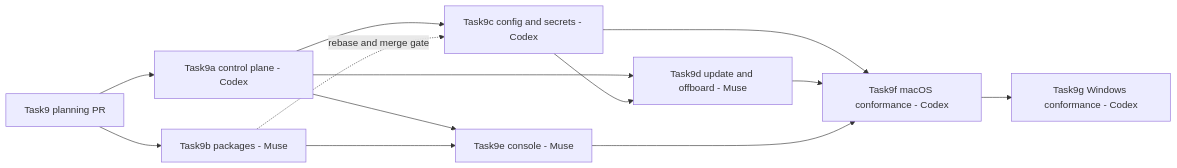
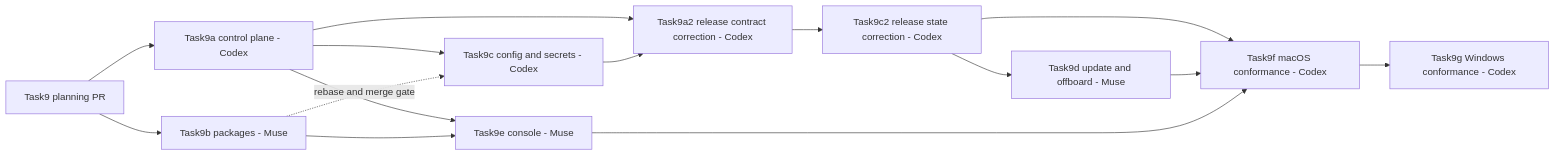
One commit to mahamannu-ux/TrackAI-V1 changed the diagram in docs/plan/TASK9.md. Above: the diagram before and after it, drawn with Mermaid. The commit also changed other lines of this file and 5 other files, not shown here.

Commit message:
Task9 lifecycle correction: freeze release authorization contract

````diff
--- a/docs/plan/TASK9.md
+++ b/docs/plan/TASK9.md
@@ -124,24 +135,28 @@
 ```mermaid
 flowchart LR
   P[Task9 planning PR]
   A[Task9a control plane - Codex]
+  A2[Task9a2 release contract correction - Codex]
   B[Task9b packages - Muse]
   C[Task9c config and secrets - Codex]
+  C2[Task9c2 release state correction - Codex]
   D[Task9d update and offboard - Muse]
   E[Task9e console - Muse]
   F[Task9f macOS conformance - Codex]
   G[Task9g Windows conformance - Codex]
 
   P --> A
   P --> B
   A --> C
   B -. rebase and merge gate .-> C
   A --> E
   B --> E
-  A --> D
-  C --> D
-  C --> F
+  A --> A2
+  C --> A2
+  A2 --> C2
+  C2 --> D
+  C2 --> F
   D --> F
   E --> F
   F --> G
 ```
````
